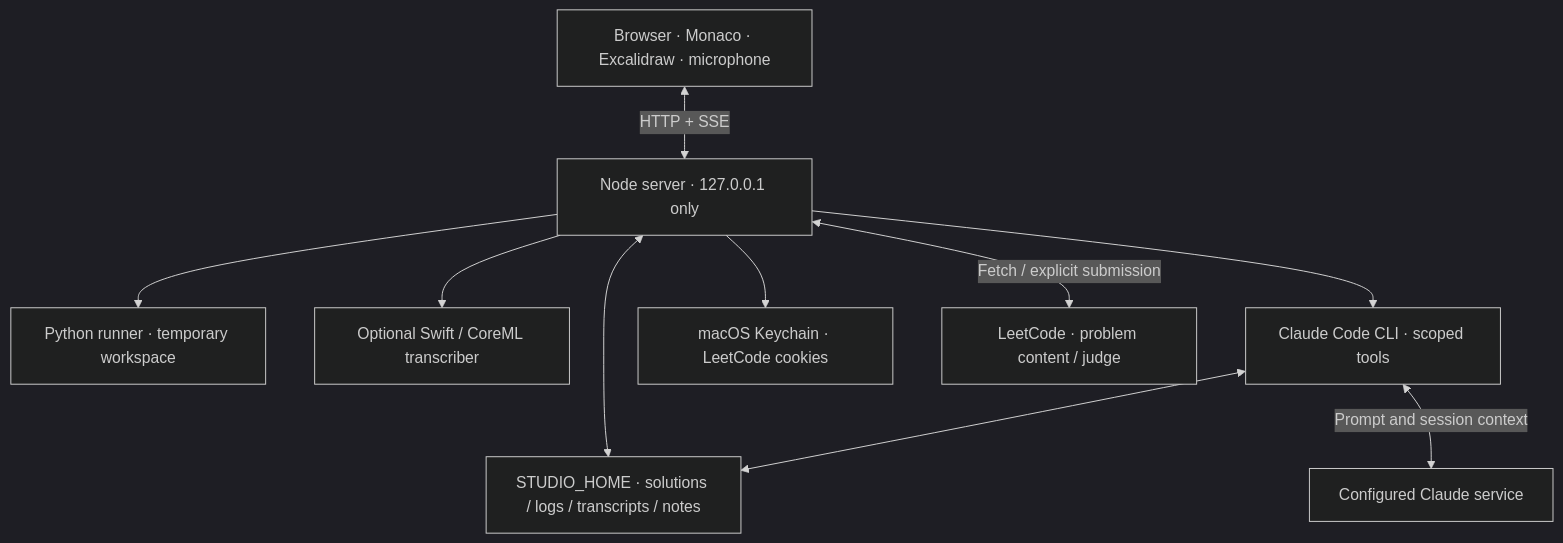
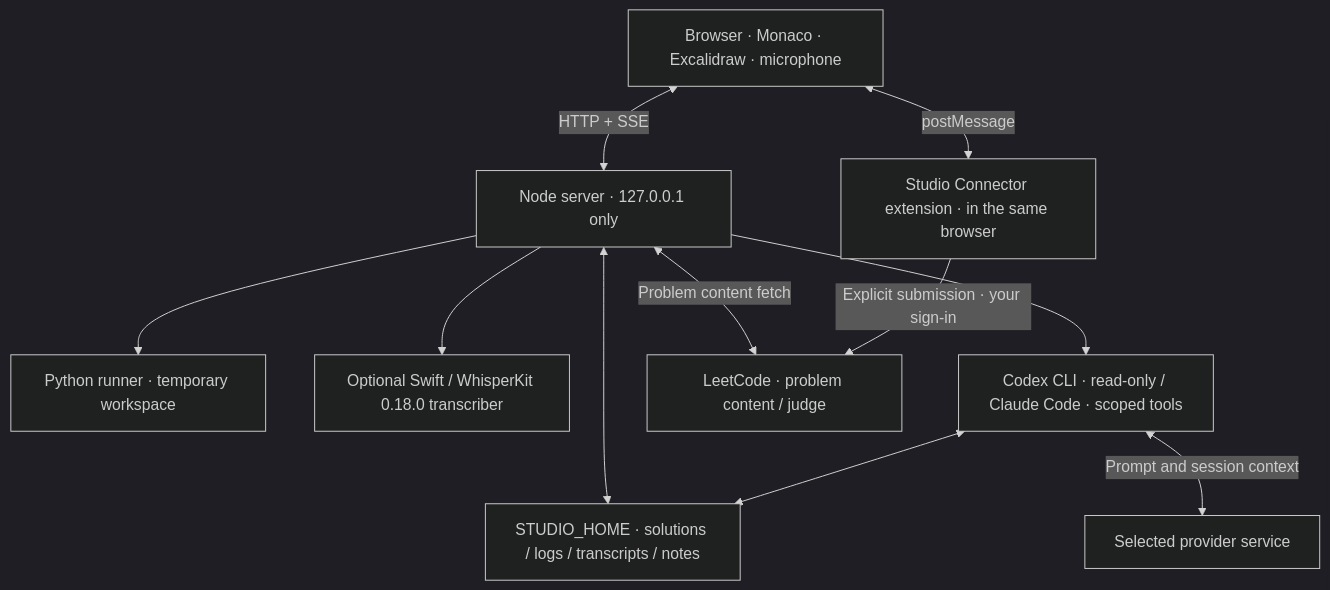
Before and after one commit to dhirajcdry/practice-studio: the diagram in docs/ARCHITECTURE.md, drawn with Mermaid (dark theme). The commit also changed other lines of this file and 35 other files, not shown here.

First line of the commit message:
Submit to LeetCode through a browser extension instead of the server

````diff
--- a/docs/ARCHITECTURE.md
+++ b/docs/ARCHITECTURE.md
@@ -9,21 +9,22 @@
 ```mermaid
 flowchart TB
   browser["Browser · Monaco · Excalidraw · microphone"]
   server["Node server · 127.0.0.1 only"]
   runner["Python runner · temporary workspace"]
-  asr["Optional Swift / CoreML transcriber"]
-  cli["Claude Code CLI · scoped tools"]
+  asr["Optional Swift / WhisperKit 0.18.0 transcriber"]
+  cli["Codex CLI · read-only / Claude Code · scoped tools"]
   files["STUDIO_HOME · solutions / logs / transcripts / notes"]
-  keychain["macOS Keychain · LeetCode cookies"]
-  model["Configured Claude service"]
+  connector["Studio Connector extension · in the same browser"]
+  model["Selected provider service"]
   leetcode["LeetCode · problem content / judge"]
   browser <-->|"HTTP + SSE"| server
   server --> runner
   server --> asr
   server --> cli
   server <--> files
-  server --> keychain
+  browser <-->|"postMessage"| connector
   cli <--> files
   cli <-->|"Prompt and session context"| model
-  server <-->|"Fetch / explicit submission"| leetcode
+  server <-->|"Problem content fetch"| leetcode
+  connector -->|"Explicit submission · your sign-in"| leetcode
 ```
````
